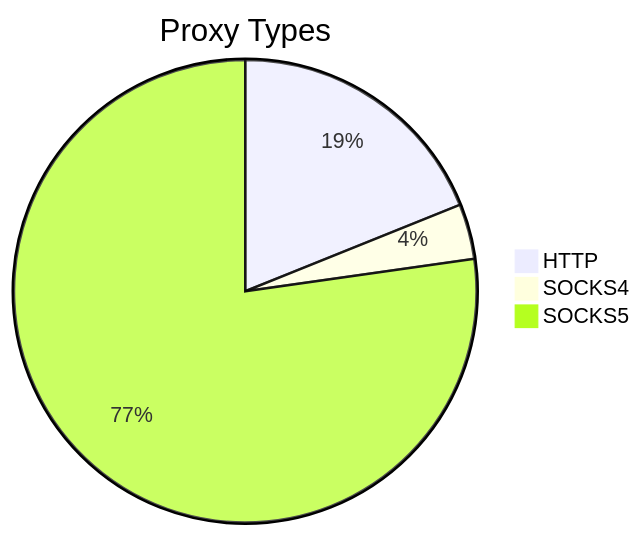
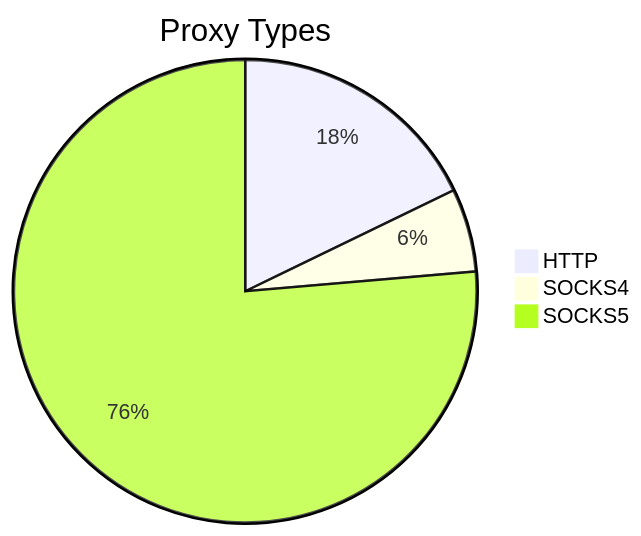
Before and after one commit to stormsia/proxy-list: the first of 2 diagrams in README.md, drawn with Mermaid. The commit also changed other lines of this file, not shown here.

````diff
--- a/README.md
+++ b/README.md
@@ -21,6 +21,6 @@
 ```mermaid
 pie title Proxy Types
-    "HTTP" : 152
-    "SOCKS4" : 31
-    "SOCKS5" : 621
+    "HTTP" : 101
+    "SOCKS4" : 33
+    "SOCKS5" : 433
 ```
````
